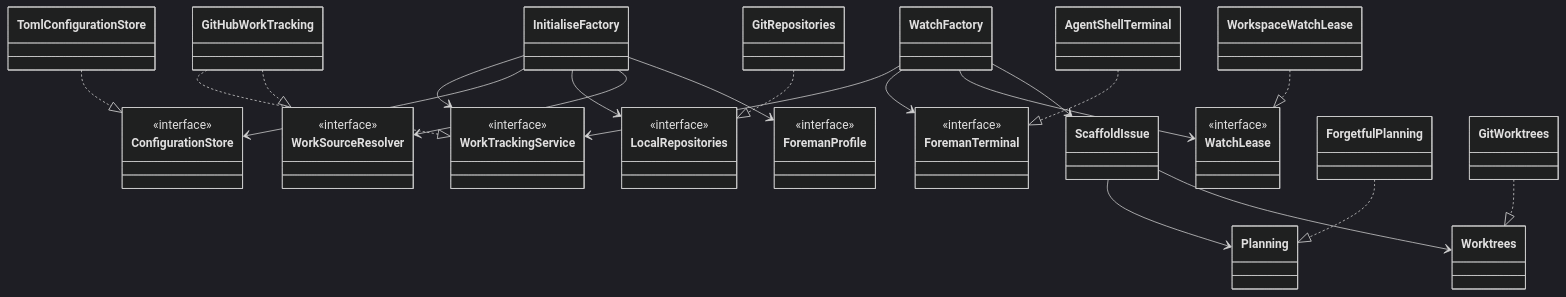
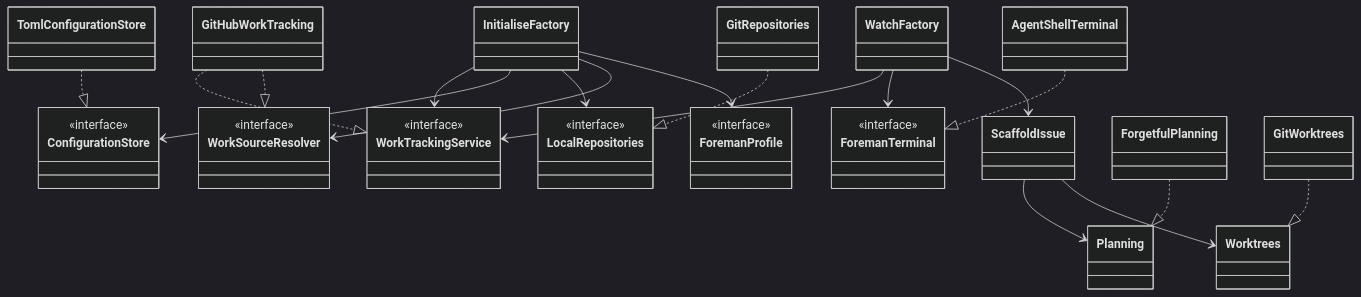
One commit to ScottRBK/factory changed the diagram in docs/architecture.md. Above: the diagram before and after it, drawn with Mermaid (dark theme). The commit also changed other lines of this file and 33 other files, not shown here.

````diff
--- a/docs/architecture.md
+++ b/docs/architecture.md
@@ -35,44 +35,39 @@
 ```mermaid
 classDiagram
     direction TB
     class WorkTrackingService {
         <<interface>>
     }
     class ConfigurationStore {
         <<interface>>
     }
     class LocalRepositories {
         <<interface>>
     }
     class WorkSourceResolver {
         <<interface>>
     }
     class ForemanTerminal {
         <<interface>>
     }
     class ForemanProfile {
         <<interface>>
     }
-    class WatchLease {
-        <<interface>>
-    }
     InitialiseFactory --> WorkTrackingService
     InitialiseFactory --> ConfigurationStore
     InitialiseFactory --> LocalRepositories
     InitialiseFactory --> WorkSourceResolver
     InitialiseFactory --> ForemanProfile
     WatchFactory --> WorkTrackingService
     WatchFactory --> ForemanTerminal
-    WatchFactory --> WatchLease
     WatchFactory --> ScaffoldIssue
     ScaffoldIssue --> Planning
     ScaffoldIssue --> Worktrees
     ForgetfulPlanning ..|> Planning
     GitWorktrees ..|> Worktrees
     GitHubWorkTracking ..|> WorkTrackingService
     GitHubWorkTracking ..|> WorkSourceResolver
     TomlConfigurationStore ..|> ConfigurationStore
     GitRepositories ..|> LocalRepositories
     AgentShellTerminal ..|> ForemanTerminal
-    WorkspaceWatchLease ..|> WatchLease
 ```
````
